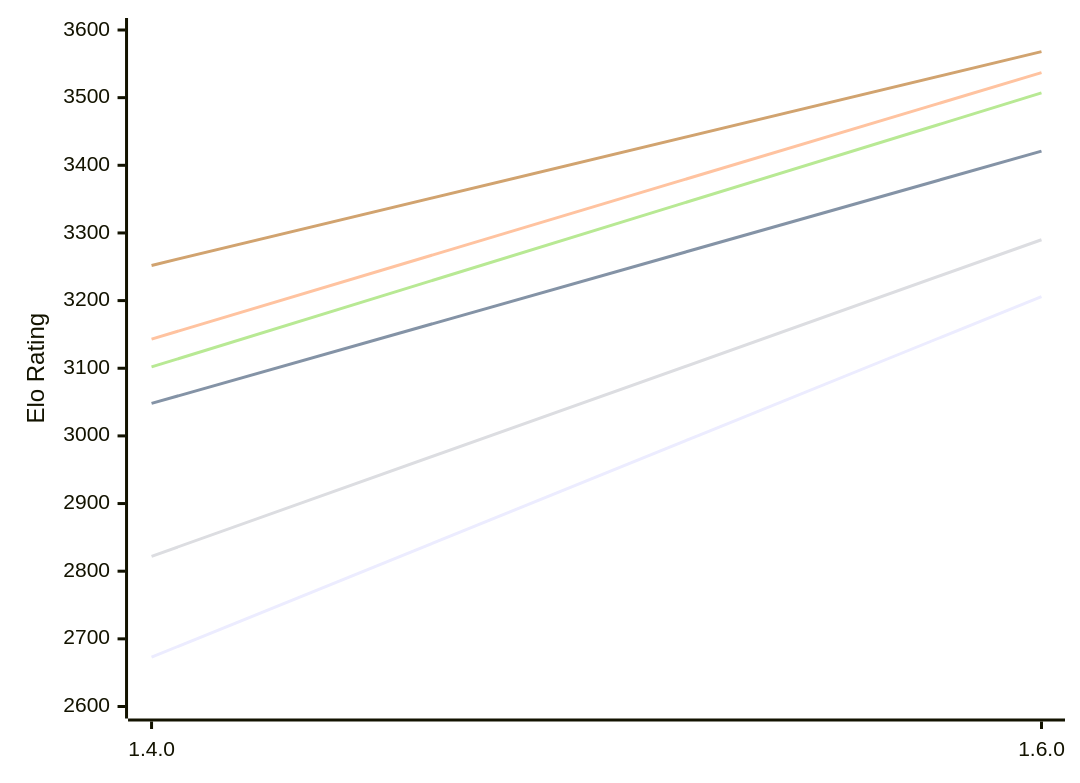
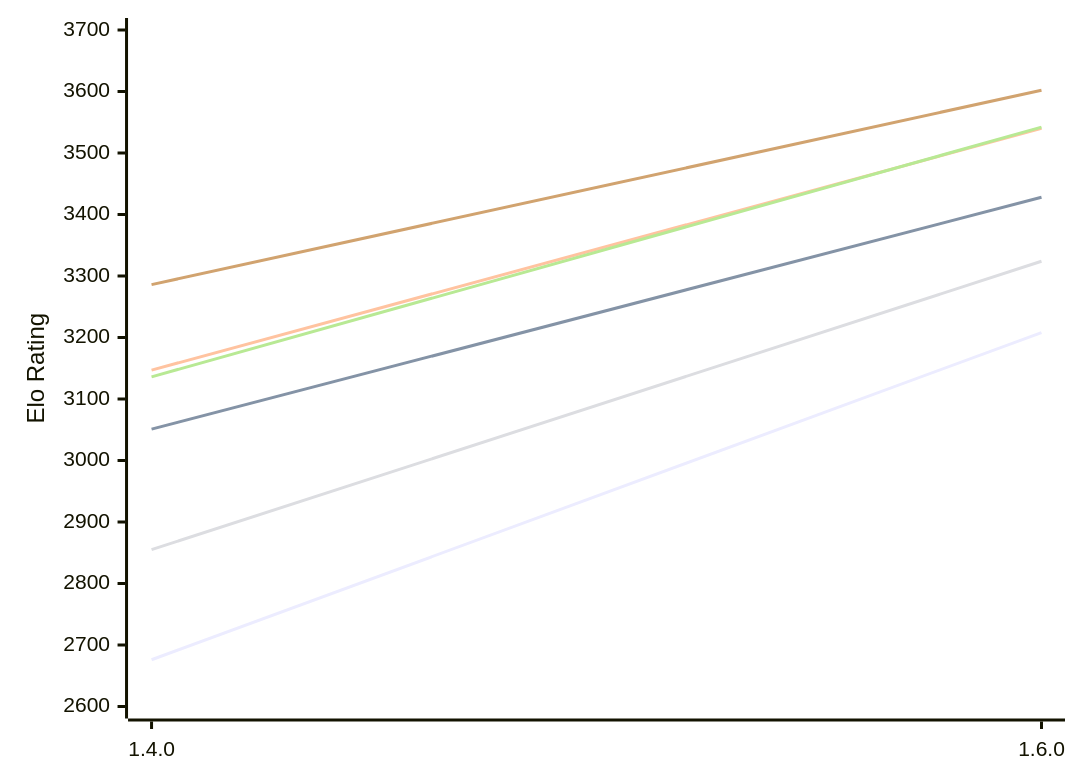
The first of 2 diagrams in engines/Gyatso.md (computer-chess-index/cci), drawn with Mermaid before and after one commit. The commit also changed other lines of this file, not shown here.

Commit message:
Update CCI Ratings (ELO VLTC) - 2026-11-01

````diff
--- a/engines/Gyatso.md
+++ b/engines/Gyatso.md
@@ -53,12 +53,12 @@
 ```mermaid
 %%{init: {"theme":"base","themeVariables":{"seriesColors:['#a3a3a3','#222221','#faa371']}}}%%
 xychart-beta
   x-axis ["1.4.0", "1.6.0"]
-  y-axis "Elo Rating" 2600 --> 3600
-  line "E1: STC (8.0+0.08s)" [2673, 3206]
-  line "E1: LTC (60.0+0.60s)" [3048, 3421]
-  line "E1: VLTC (2m24s+1.12s)" [3143, 3537]
-  line "P1: STC (8.0+0.08s)" [2822, 3290]
-  line "P1: LTC (60.0+0.60s)" [3102, 3507]
-  line "P1: VLTC (2m24s+1.12s)" [3252, 3568]
+  y-axis "Elo Rating" 2600 --> 3700
+  line "E1: STC (8.0+0.08s)" [2676, 3208]
+  line "E1: LTC (60.0+0.60s)" [3051, 3428]
+  line "E1: VLTC (2m24s+1.12s)" [3147, 3540]
+  line "P1: STC (8.0+0.08s)" [2855, 3324]
+  line "P1: LTC (60.0+0.60s)" [3136, 3542]
+  line "P1: VLTC (2m24s+1.12s)" [3286, 3602]
 ```
````
